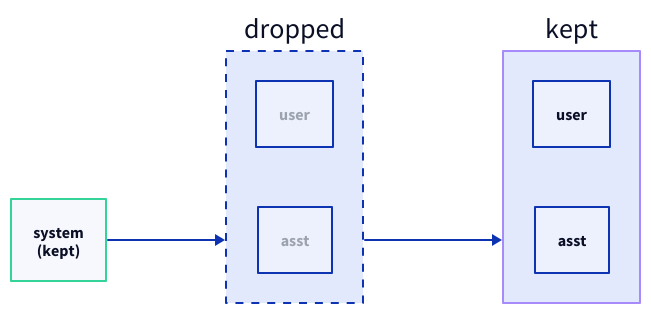
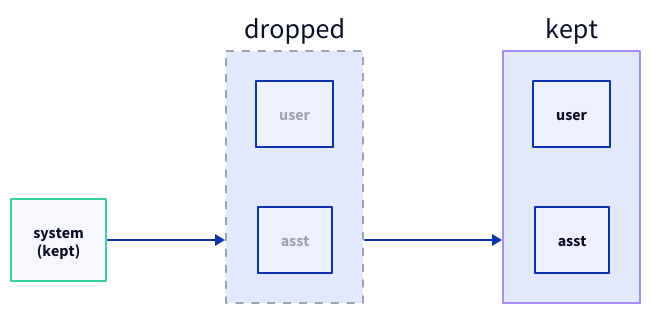
The second of 2 diagrams in courses/cli-chatbot-python.md (michael-duren/rubber-duck), drawn with D2 before and after one commit. The commit also changed 29 other files, not shown here.

````diff
--- a/courses/cli-chatbot-python.md
+++ b/courses/cli-chatbot-python.md
@@ -360,20 +360,21 @@
 ```d2
 direction: right
 
 sys: "system\n(kept)" { style.stroke: "#34d399"; style.stroke-width: 2 }
 
 old: "dropped" {
+  style.stroke: "#9ca3af"
   style.stroke-dash: 4
   u0: "user" { style.font-color: "#9ca3af" }
   a0: "asst" { style.font-color: "#9ca3af" }
 }
 
 recent: "kept" {
   style.stroke: "#a78bfa"
   style.stroke-width: 2
   u1: "user"
   a1: "asst"
 }
 
 sys -> old -> recent
 ```
````
